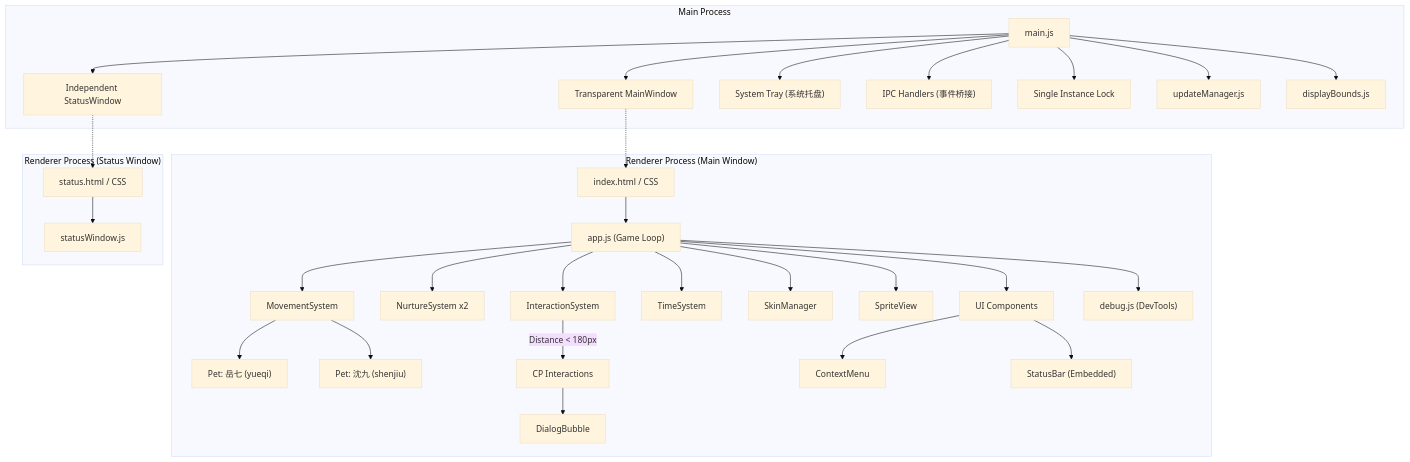
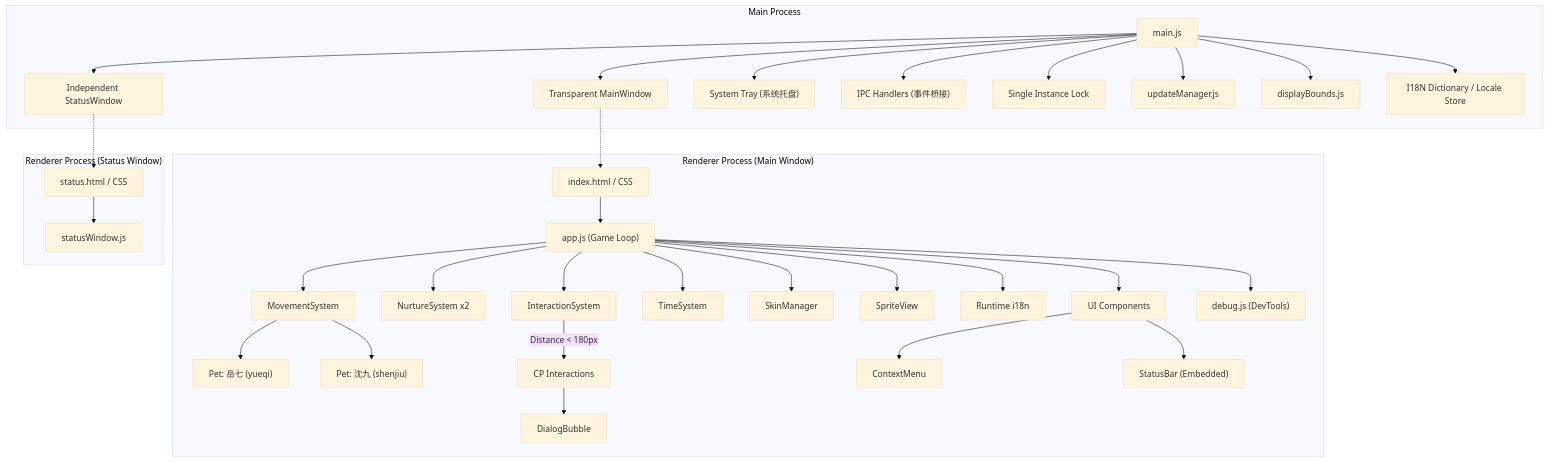
Before and after one commit to HuihuiDreams/qijiu-desktop-pet: the diagram in docs/structure.md, drawn with Mermaid (base theme). The commit also changed other lines of this file and 9 other files, not shown here.

````diff
--- a/docs/structure.md
+++ b/docs/structure.md
@@ -9,42 +9,44 @@
 ```mermaid
 graph TB
     subgraph "Main Process"
         Main["main.js"] --> Window["Transparent MainWindow"]
         Main --> StatusWin["Independent StatusWindow"]
         Main --> Tray["System Tray (系统托盘)"]
         Main --> IPC["IPC Handlers (事件桥接)"]
         Main --> Lock["Single Instance Lock"]
         Main --> Update["updateManager.js"]
         Main --> DBounds["displayBounds.js"]
+        Main --> I18NMain["I18N Dictionary / Locale Store"]
     end
     
     subgraph "Renderer Process (Main Window)"
         HTML["index.html / CSS"] --> App["app.js (Game Loop)"]
         
         App --> Move["MovementSystem"]
         App --> Nurture["NurtureSystem x2"]
         App --> Interact["InteractionSystem"]
         App --> Time["TimeSystem"]
         App --> Skin["SkinManager"]
         App --> Sprite["SpriteView"]
+        App --> I18NRender["Runtime i18n"]
         
         Move --> YQ["Pet: 岳七 (yueqi)"]
         Move --> SJ["Pet: 沈九 (shenjiu)"]
         
         Interact -->|Distance < 180px| Events["CP Interactions"]
         Events --> Bubble["DialogBubble"]
         
         App --> UI["UI Components"]
         UI --> Menu["ContextMenu"]
         UI --> StatusBar["StatusBar (Embedded)"]
         
         App --> Debug["debug.js (DevTools)"]
     end
 
     subgraph "Renderer Process (Status Window)"
         SHTML["status.html / CSS"] --> SApp["statusWindow.js"]
     end
 
     Window -.-> HTML
     StatusWin -.-> SHTML
 ```
````
